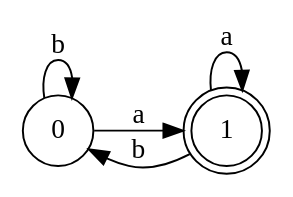
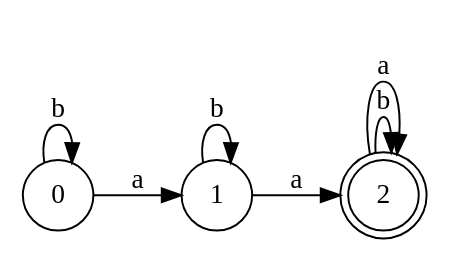
One commit to Jose-Merida-UVG/Compilers-1-CC3071 changed the diagram in out/DFA_regex4.DOT. Above: the diagram before and after it, drawn with Graphviz. The commit also changed 16 other files, not shown here.

```diff
--- a/out/DFA_regex4.DOT
+++ b/out/DFA_regex4.DOT
@@ -1,10 +1,13 @@
 digraph "graph" {
 	rankdir=LR size = "8,5"
 	node[shape=circle]
 	23 [label=0]
+	24 [label=1]
+	24 -> 24 [label="b"]
+	25 [label=2][shape=doublecircle]
+	25 -> 25 [label="b"]
+	25 -> 25 [label="a"]
+	24 -> 25 [label="a"]
+	23 -> 24 [label="a"]
 	23 -> 23 [label="b"]
-	24 [label=1][shape=doublecircle]
-	24 -> 24 [label="a"]
-	24 -> 23 [label="b"]
-	23 -> 24 [label="a"]
 }
```
